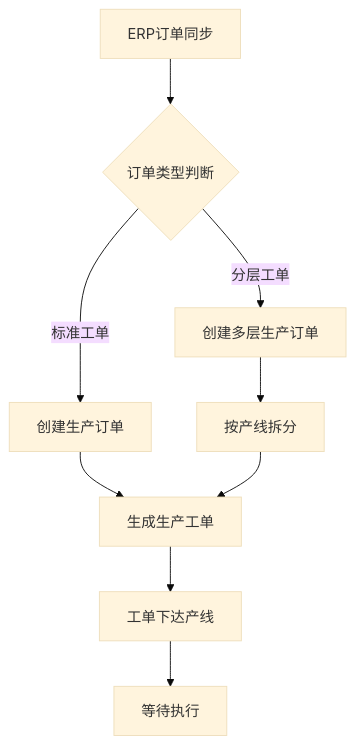
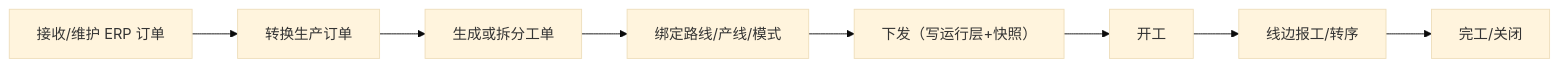
Before and after one commit to jiargcn/MomProductDocument: the third of 3 diagrams in docs/06-MES-生产管理/03-计划管理/index.md, drawn with Mermaid (base theme). The commit also changed other lines of this file and 8 other files, not shown here.

````diff
--- a/docs/06-MES-生产管理/03-计划管理/index.md
+++ b/docs/06-MES-生产管理/03-计划管理/index.md
@@ -124,11 +89,10 @@
 ```mermaid
-flowchart TD
-    A[ERP订单同步] --> B{订单类型判断}
-    B -->|标准工单| C[创建生产订单]
-    B -->|分层工单| D[创建多层生产订单]
-    C --> E[生成生产工单]
-    D --> F[按产线拆分]
-    F --> E
-    E --> G[工单下达产线]
-    G --> H[等待执行]
+flowchart LR
+    A["接收/维护 ERP 订单"] --> B["转换生产订单"]
+    B --> C["生成或拆分工单"]
+    C --> D["绑定路线/产线/模式"]
+    D --> E["下发（写运行层+快照）"]
+    E --> F["开工"]
+    F --> G["线边报工/转序"]
+    G --> H["完工/关闭"]
 ```
````
